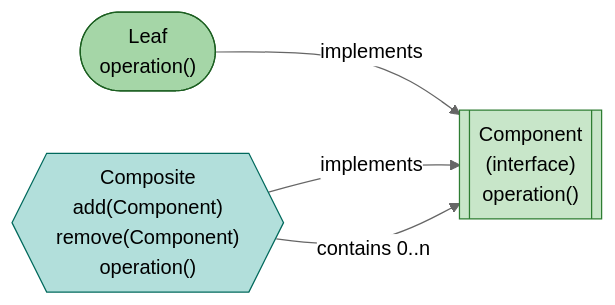
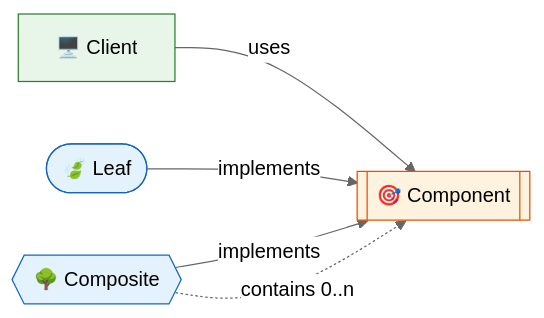
One commit to saivamsikaruturi/vamsilabs-dev-notes-main changed the second of 4 diagrams in docs/designpatterns/structuralDesignPatterns/CompositeDesignPattern.md. Above: the diagram before and after it, drawn with Mermaid (neutral theme). The commit also changed other lines of this file and 42 other files, not shown here.

````diff
--- a/docs/designpatterns/structuralDesignPatterns/CompositeDesignPattern.md
+++ b/docs/designpatterns/structuralDesignPatterns/CompositeDesignPattern.md
@@ -37,14 +32,12 @@
 ```mermaid
 flowchart LR
-    Component[["Component\n(interface)\noperation()"]]
-    Leaf(["Leaf\noperation()"])
-    Composite{{"Composite\nadd(Component)\nremove(Component)\noperation()"}}
+    Client["🖥️ Client"] -->|"uses"| Component[["🎯 Component"]]
+    Leaf(["🍃 Leaf"]) -->|"implements"| Component
+    Composite{{"🌳 Composite"}} -->|"implements"| Component
+    Composite -.->|"contains 0..n"| Component
 
-    Leaf -->|implements| Component
-    Composite -->|implements| Component
-    Composite -->|contains 0..n| Component
-
-    style Component fill:#c8e6c9,stroke:#2e7d32,color:#000
-    style Leaf fill:#a5d6a7,stroke:#1b5e20,color:#000
-    style Composite fill:#b2dfdb,stroke:#00695c,color:#000
+    style Client fill:#E8F5E9,stroke:#2E7D32,color:#000
+    style Component fill:#FFF3E0,stroke:#E65100,color:#000
+    style Leaf fill:#E3F2FD,stroke:#1565C0,color:#000
+    style Composite fill:#E3F2FD,stroke:#1565C0,color:#000
 ```
````
